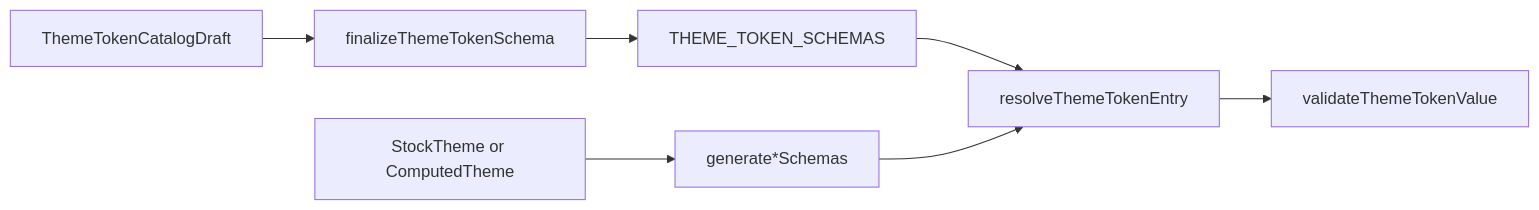
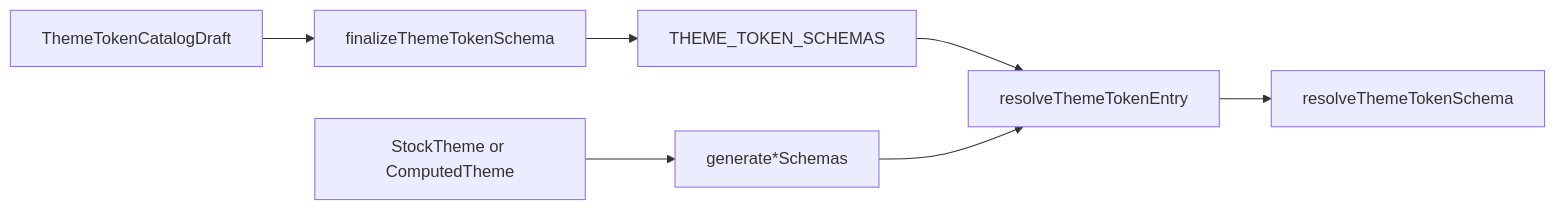
One commit to SeldonDigital/seldon changed the diagram in packages/core/themes/schemas/README.md. Above: the diagram before and after it, drawn with Mermaid. The commit also changed other lines of this file and 98 other files, not shown here.

````diff
--- a/packages/core/themes/schemas/README.md
+++ b/packages/core/themes/schemas/README.md
@@ -9,9 +9,9 @@
 ```mermaid
 flowchart LR
   draft[ThemeTokenCatalogDraft] --> finalize[finalizeThemeTokenSchema]
   finalize --> static[THEME_TOKEN_SCHEMAS]
   theme[StockTheme or ComputedTheme] --> dynamic[generate*Schemas]
   static --> resolve[resolveThemeTokenEntry]
   dynamic --> resolve
-  resolve --> validate[validateThemeTokenValue]
+  resolve --> schema[resolveThemeTokenSchema]
 ```
````
